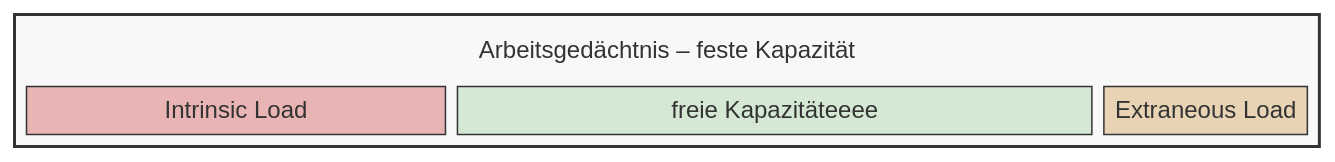
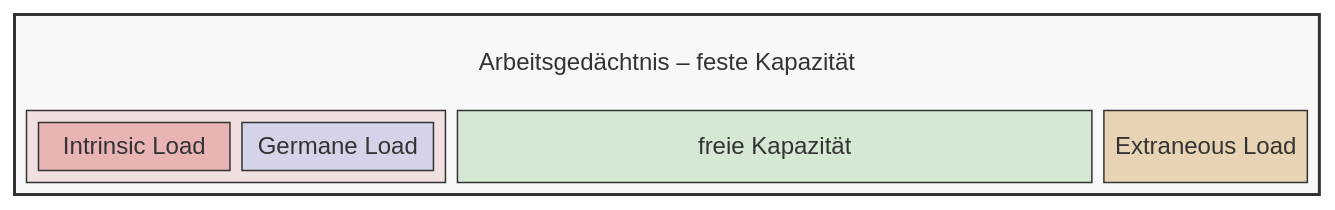
Before and after one commit to obfischer/home-page-oliver-fischer-dev: the diagram in content/posts/2026/was-ist-cognitive-load-und-wie-koennen-wir-sie-reduzieren/a.mmd, drawn with Mermaid. The commit also changed 1 other file, not shown here.

```diff
--- a/content/posts/2026/was-ist-cognitive-load-und-wie-koennen-wir-sie-reduzieren/a.mmd
+++ b/content/posts/2026/was-ist-cognitive-load-und-wie-koennen-wir-sie-reduzieren/a.mmd
@@ -1,14 +1,20 @@
 block-beta
   columns 1
   block:wm
     columns 6
     titel["Arbeitsgedächtnis – feste Kapazität"]:6
-    IL["Intrinsic Load"]:2
-    frei["freie Kapazitäteeee"]:3
+    block:essenziell:2
+      columns 2
+      IL["Intrinsic Load"]
+      GL["Germane Load"]
+    end
+    frei["freie Kapazität"]:3
     EL["Extraneous Load"]:1
   end
   style wm fill:#f8f8f8,stroke:#333,stroke-width:2px
   style titel fill:transparent,stroke:transparent
+  style essenziell fill:#f0e0e0,stroke:#333
   style IL fill:#e8b4b4,stroke:#333
+  style GL fill:#d4d4e8,stroke:#333
   style frei fill:#d4e8d4,stroke:#333
   style EL fill:#e8d4b4,stroke:#333
```
